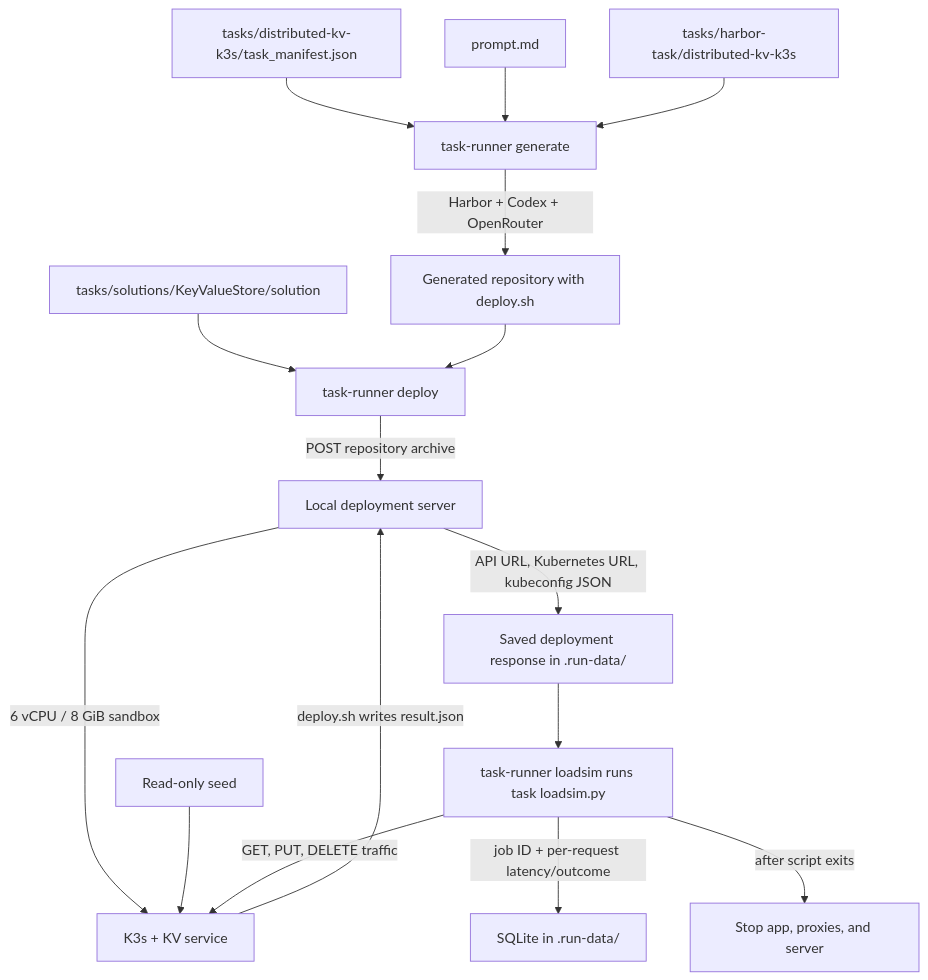
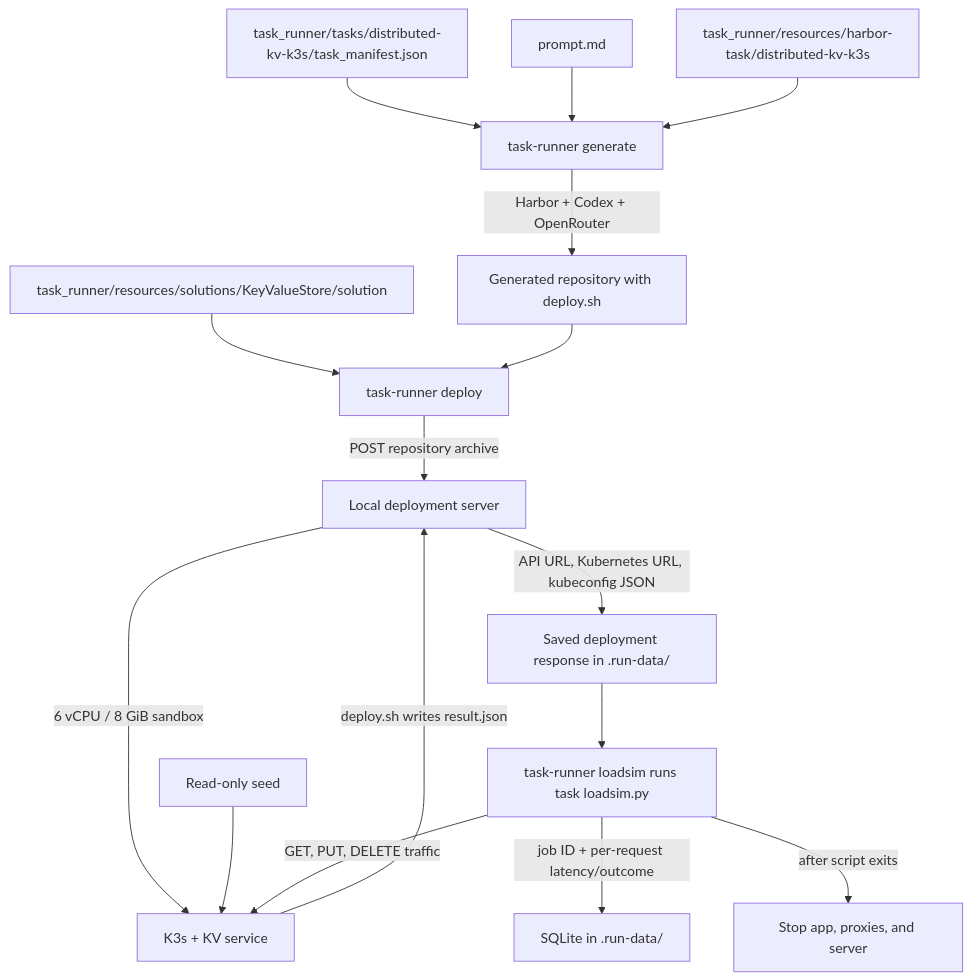
One commit to Akshath-Nagulapally/System-Design-RL-Task changed the diagram in README.md. Above: the diagram before and after it, drawn with Mermaid. The commit also changed other lines of this file and 47 other files, not shown here.

Commit message:
Nest task definitions and resources under task_runner

````diff
--- a/README.md
+++ b/README.md
@@ -28,18 +29,18 @@
 ```mermaid
 flowchart TD
-    Manifest["tasks/distributed-kv-k3s/task_manifest.json"] --> Generate["task-runner generate"]
+    Manifest["task_runner/tasks/distributed-kv-k3s/task_manifest.json"] --> Generate["task-runner generate"]
     Prompt["prompt.md"] --> Generate
-    HarborTask["tasks/harbor-task/distributed-kv-k3s"] --> Generate
+    HarborTask["task_runner/resources/harbor-task/distributed-kv-k3s"] --> Generate
     Generate -->|"Harbor + Codex + OpenRouter"| Generated["Generated repository with deploy.sh"]
-    Reference["tasks/solutions/KeyValueStore/solution"] --> Deploy["task-runner deploy"]
+    Reference["task_runner/resources/solutions/KeyValueStore/solution"] --> Deploy["task-runner deploy"]
     Generated --> Deploy
     Deploy -->|"POST repository archive"| Server["Local deployment server"]
     Server -->|"6 vCPU / 8 GiB sandbox"| App["K3s + KV service"]
     Seed["Read-only seed"] --> App
     App -->|"deploy.sh writes result.json"| Server
     Server -->|"API URL, Kubernetes URL, kubeconfig JSON"| Saved["Saved deployment response in .run-data/"]
     Saved --> Load["task-runner loadsim runs task loadsim.py"]
     Load -->|"GET, PUT, DELETE traffic"| App
     Load -->|"job ID + per-request latency/outcome"| DB["SQLite in .run-data/"]
     Load -->|"after script exits"| Cleanup["Stop app, proxies, and server"]
 ```
````
